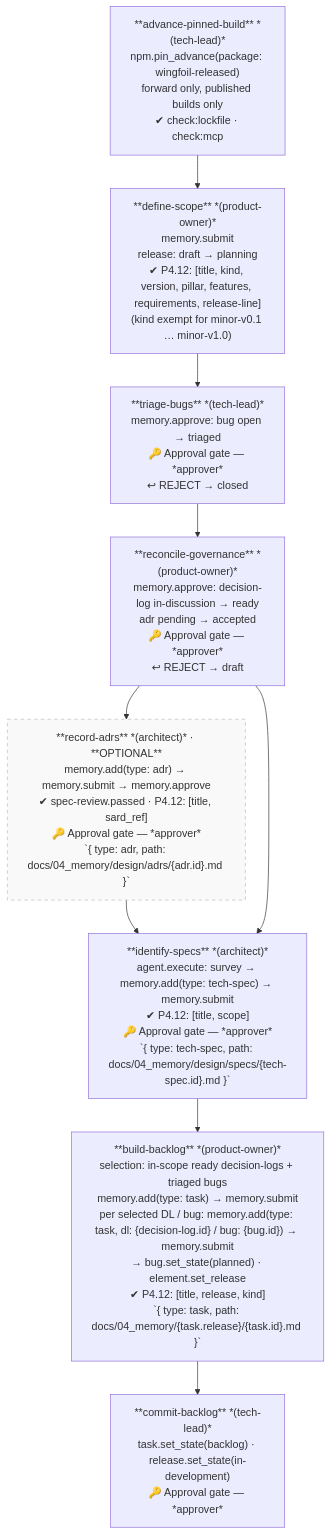
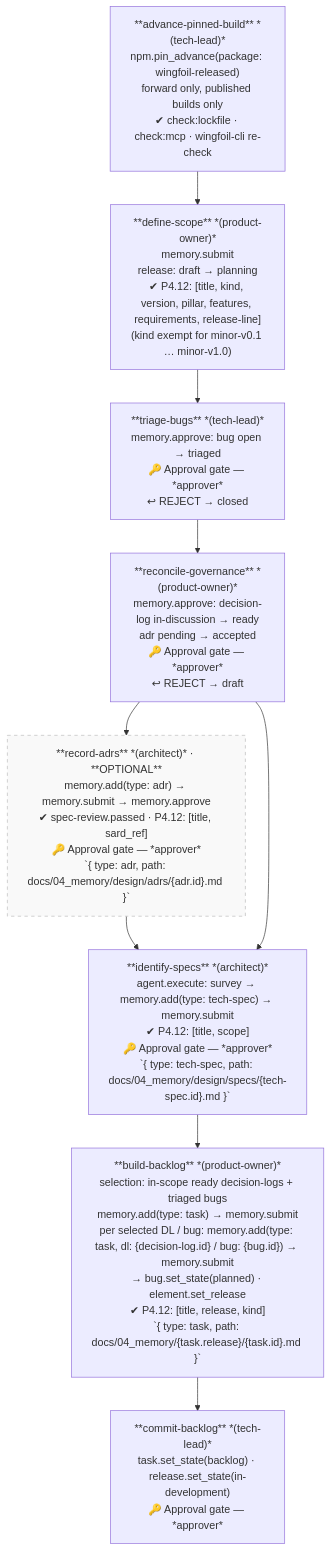
One commit to wingfoil/wingfoil changed the tenth of 24 diagrams in .wingfoil/WORKFLOW.md. Above: the diagram before and after it, drawn with Mermaid. The commit also changed other lines of this file and 2 other files, not shown here.

First line of the commit message:
feat(workflow): task-270 — advance-pinned-build re-checks the wingfoil-cli directive (dl-163 S3e)

````diff
--- a/.wingfoil/WORKFLOW.md
+++ b/.wingfoil/WORKFLOW.md
@@ -257,16 +258,16 @@
 ```mermaid
 flowchart TD
-    AB["**advance-pinned-build** *(tech-lead)*\nnpm.pin_advance(package: wingfoil-released)\nforward only, published builds only\n✔ check:lockfile · check:mcp"]
+    AB["**advance-pinned-build** *(tech-lead)*\nnpm.pin_advance(package: wingfoil-released)\nforward only, published builds only\n✔ check:lockfile · check:mcp · wingfoil-cli re-check"]
     DS["**define-scope** *(product-owner)*\nmemory.submit\nrelease: draft → planning\n✔ P4.12: [title, kind, version, pillar, features, requirements, release-line]\n(kind exempt for minor-v0.1 … minor-v1.0)"]
     TB["**triage-bugs** *(tech-lead)*\nmemory.approve: bug open → triaged\n🔑 Approval gate — *approver*\n↩ REJECT → closed"]
     RG["**reconcile-governance** *(product-owner)*\nmemory.approve: decision-log in-discussion → ready\nadr pending → accepted\n🔑 Approval gate — *approver*\n↩ REJECT → draft"]
     RA["**record-adrs** *(architect)* · **OPTIONAL**\nmemory.add(type: adr) → memory.submit → memory.approve\n✔ spec-review.passed · P4.12: [title, sard_ref]\n🔑 Approval gate — *approver*\n`{ type: adr, path: docs/04_memory/design/adrs/{adr.id}.md }`"]
     IS["**identify-specs** *(architect)*\nagent.execute: survey → memory.add(type: tech-spec) → memory.submit\n✔ P4.12: [title, scope]\n🔑 Approval gate — *approver*\n`{ type: tech-spec, path: docs/04_memory/design/specs/{tech-spec.id}.md }`"]
     BB["**build-backlog** *(product-owner)*\nselection: in-scope ready decision-logs + triaged bugs\nmemory.add(type: task) → memory.submit\nper selected DL / bug: memory.add(type: task, dl: {decision-log.id} / bug: {bug.id}) → memory.submit\n→ bug.set_state(planned) · element.set_release\n✔ P4.12: [title, release, kind]\n`{ type: task, path: docs/04_memory/{task.release}/{task.id}.md }`"]
     CB["**commit-backlog** *(tech-lead)*\ntask.set_state(backlog) · release.set_state(in-development)\n🔑 Approval gate — *approver*"]
 
     AB --> DS --> TB --> RG --> RA --> IS --> BB --> CB
     RG --> IS
 
     style RA fill:#f9f9f9,stroke:#bbb,stroke-dasharray:5 5
 ```
````
